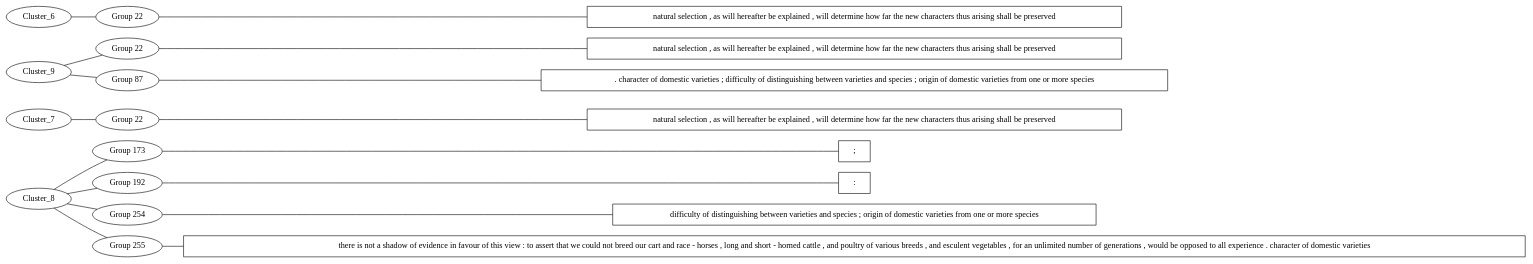
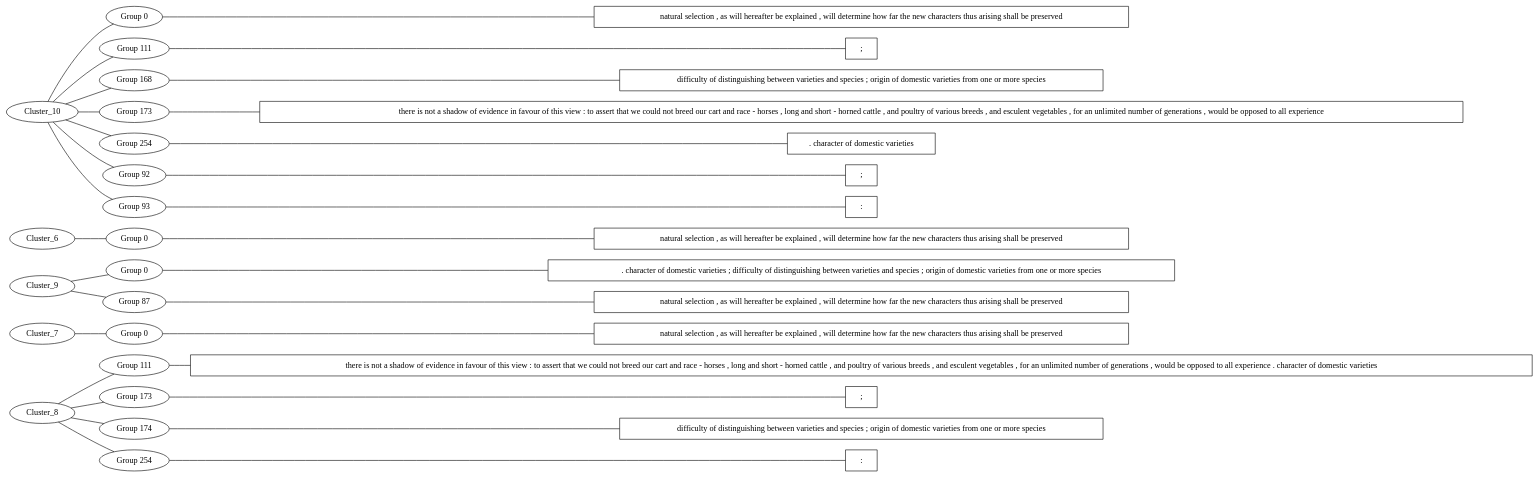
One commit to djbpitt/scala-graphing-sandbox changed the diagram in src/main/outputs/hypergraph.dot. Above: the diagram before and after it, drawn with Graphviz. The commit also changed 3 other files, not shown here.

```diff
--- a/src/main/outputs/hypergraph.dot
+++ b/src/main/outputs/hypergraph.dot
@@ -1,35 +1,63 @@
 graph MyGraph {
 rankdir = LR
-"Cluster_8_255_reading" [shape=box label="there is not a shadow of evidence in favour of this view : to assert that we could not breed our cart and race - horses , long and short - horned cattle , and poultry of various breeds , and esculent vegetables , for an unlimited number of generations , would be opposed to all experience . character of domestic varieties "]
-"Cluster_8_254_reading" [shape=box label="difficulty of distinguishing between varieties and species ; origin of domestic varieties from one or more species "]
-"Cluster_8_192_reading" [shape=box label=": "]
+"Cluster_8_254_reading" [shape=box label=": "]
+"Cluster_8_174_reading" [shape=box label="difficulty of distinguishing between varieties and species ; origin of domestic varieties from one or more species "]
 "Cluster_8_173_reading" [shape=box label="; "]
+"Cluster_8_111_reading" [shape=box label="there is not a shadow of evidence in favour of this view : to assert that we could not breed our cart and race - horses , long and short - horned cattle , and poultry of various breeds , and esculent vegetables , for an unlimited number of generations , would be opposed to all experience . character of domestic varieties "]
+"Cluster_8_111" [label="Group 111"]
 "Cluster_8_173" [label="Group 173"]
-"Cluster_8_192" [label="Group 192"]
+"Cluster_8_174" [label="Group 174"]
 "Cluster_8_254" [label="Group 254"]
-"Cluster_8_255" [label="Group 255"]
-"Cluster_8_255" -- "Cluster_8_255_reading"
 "Cluster_8_254" -- "Cluster_8_254_reading"
-"Cluster_8_192" -- "Cluster_8_192_reading"
+"Cluster_8_174" -- "Cluster_8_174_reading"
 "Cluster_8_173" -- "Cluster_8_173_reading"
-Cluster_8 -- "Cluster_8_255"
+"Cluster_8_111" -- "Cluster_8_111_reading"
 Cluster_8 -- "Cluster_8_254"
-Cluster_8 -- "Cluster_8_192"
+Cluster_8 -- "Cluster_8_174"
 Cluster_8 -- "Cluster_8_173"
-"Cluster_7_22_reading" [shape=box label="natural selection , as will hereafter be explained , will determine how far the new characters thus arising shall be preserved "]
-"Cluster_7_22" [label="Group 22"]
-"Cluster_7_22" -- "Cluster_7_22_reading"
-Cluster_7 -- "Cluster_7_22"
-"Cluster_9_87_reading" [shape=box label=". character of domestic varieties ; difficulty of distinguishing between varieties and species ; origin of domestic varieties from one or more species "]
-"Cluster_9_22_reading" [shape=box label="natural selection , as will hereafter be explained , will determine how far the new characters thus arising shall be preserved "]
-"Cluster_9_22" [label="Group 22"]
+Cluster_8 -- "Cluster_8_111"
+"Cluster_7_0_reading" [shape=box label="natural selection , as will hereafter be explained , will determine how far the new characters thus arising shall be preserved "]
+"Cluster_7_0" [label="Group 0"]
+"Cluster_7_0" -- "Cluster_7_0_reading"
+Cluster_7 -- "Cluster_7_0"
+"Cluster_9_87_reading" [shape=box label="natural selection , as will hereafter be explained , will determine how far the new characters thus arising shall be preserved "]
+"Cluster_9_0_reading" [shape=box label=". character of domestic varieties ; difficulty of distinguishing between varieties and species ; origin of domestic varieties from one or more species "]
+"Cluster_9_0" [label="Group 0"]
 "Cluster_9_87" [label="Group 87"]
 "Cluster_9_87" -- "Cluster_9_87_reading"
-"Cluster_9_22" -- "Cluster_9_22_reading"
+"Cluster_9_0" -- "Cluster_9_0_reading"
 Cluster_9 -- "Cluster_9_87"
-Cluster_9 -- "Cluster_9_22"
-"Cluster_6_22_reading" [shape=box label="natural selection , as will hereafter be explained , will determine how far the new characters thus arising shall be preserved "]
-"Cluster_6_22" [label="Group 22"]
-"Cluster_6_22" -- "Cluster_6_22_reading"
-Cluster_6 -- "Cluster_6_22"
+Cluster_9 -- "Cluster_9_0"
+"Cluster_6_0_reading" [shape=box label="natural selection , as will hereafter be explained , will determine how far the new characters thus arising shall be preserved "]
+"Cluster_6_0" [label="Group 0"]
+"Cluster_6_0" -- "Cluster_6_0_reading"
+Cluster_6 -- "Cluster_6_0"
+"Cluster_10_93_reading" [shape=box label=": "]
+"Cluster_10_92_reading" [shape=box label="; "]
+"Cluster_10_254_reading" [shape=box label=". character of domestic varieties "]
+"Cluster_10_173_reading" [shape=box label="there is not a shadow of evidence in favour of this view : to assert that we could not breed our cart and race - horses , long and short - horned cattle , and poultry of various breeds , and esculent vegetables , for an unlimited number of generations , would be opposed to all experience "]
+"Cluster_10_168_reading" [shape=box label="difficulty of distinguishing between varieties and species ; origin of domestic varieties from one or more species "]
+"Cluster_10_111_reading" [shape=box label="; "]
+"Cluster_10_0_reading" [shape=box label="natural selection , as will hereafter be explained , will determine how far the new characters thus arising shall be preserved "]
+"Cluster_10_0" [label="Group 0"]
+"Cluster_10_111" [label="Group 111"]
+"Cluster_10_168" [label="Group 168"]
+"Cluster_10_173" [label="Group 173"]
+"Cluster_10_254" [label="Group 254"]
+"Cluster_10_92" [label="Group 92"]
+"Cluster_10_93" [label="Group 93"]
+"Cluster_10_93" -- "Cluster_10_93_reading"
+"Cluster_10_92" -- "Cluster_10_92_reading"
+"Cluster_10_254" -- "Cluster_10_254_reading"
+"Cluster_10_173" -- "Cluster_10_173_reading"
+"Cluster_10_168" -- "Cluster_10_168_reading"
+"Cluster_10_111" -- "Cluster_10_111_reading"
+"Cluster_10_0" -- "Cluster_10_0_reading"
+Cluster_10 -- "Cluster_10_93"
+Cluster_10 -- "Cluster_10_92"
+Cluster_10 -- "Cluster_10_254"
+Cluster_10 -- "Cluster_10_173"
+Cluster_10 -- "Cluster_10_168"
+Cluster_10 -- "Cluster_10_111"
+Cluster_10 -- "Cluster_10_0"
 }
```
